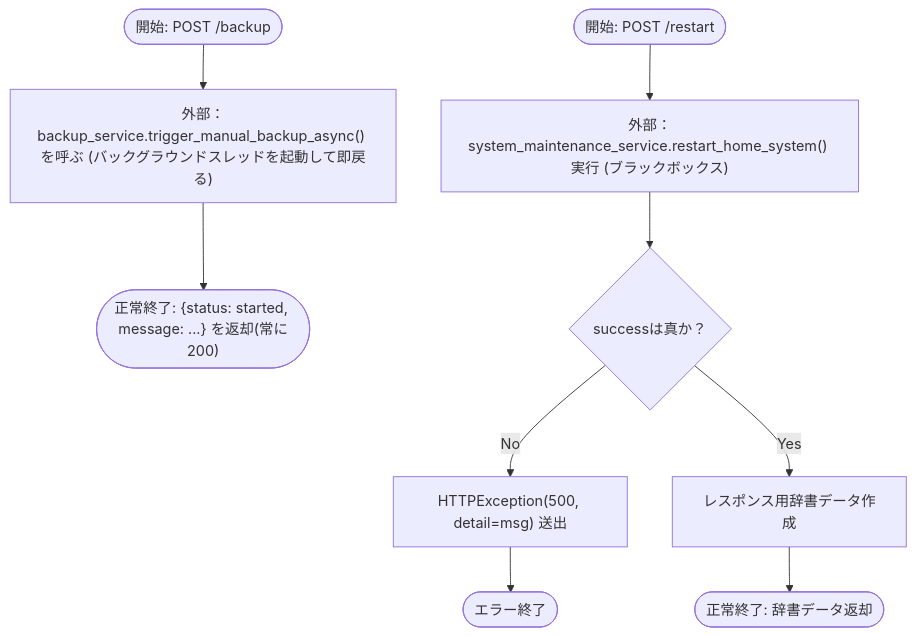
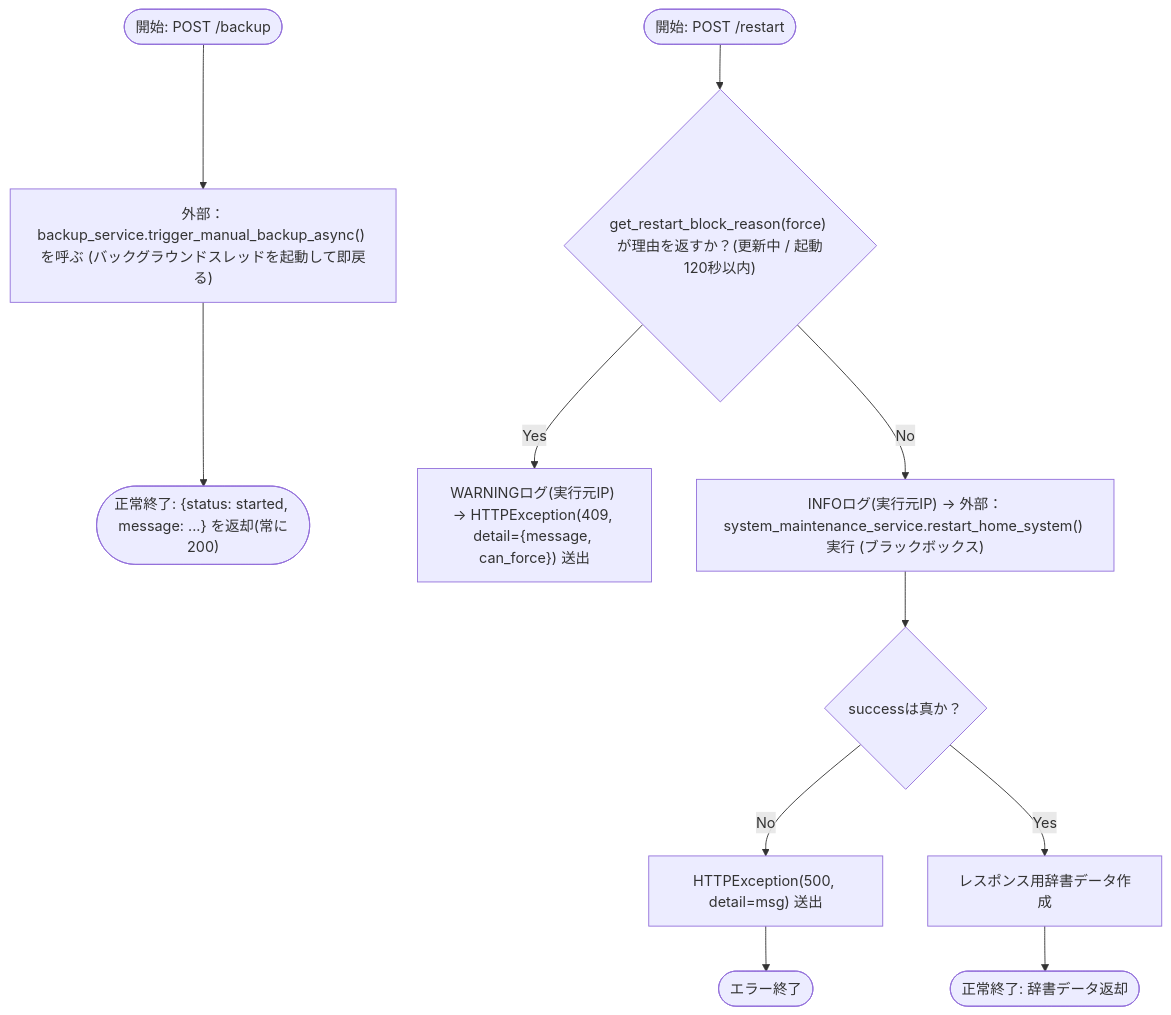
The first of 2 diagrams in docs/specifications/MY_HOME_SYSTEM/system_router.md (mmtigers/my_python_project), drawn with Mermaid before and after one commit. The commit also changed other lines of this file and 5 other files, not shown here.

First line of the commit message:
fix: /api/system/restart に起動直後・更新中の再起動拒否(409)と実行元IPログを追加 (#1143)

````diff
--- a/docs/specifications/MY_HOME_SYSTEM/system_router.md
+++ b/docs/specifications/MY_HOME_SYSTEM/system_router.md
@@ -122,13 +125,15 @@
 ```mermaid
 flowchart TD
     Start([開始: POST /backup]) --> A["外部：backup_service.trigger_manual_backup_async() を呼ぶ (バックグラウンドスレッドを起動して即戻る)"]
     A --> End(["正常終了: {status: started, message: ...} を返却(常に200)"])
 
-    Start2([開始: POST /restart]) --> A2["外部：system_maintenance_service.restart_home_system() 実行 (ブラックボックス)"]
+    Start2([開始: POST /restart]) --> G2{"get_restart_block_reason(force) が理由を返すか？(更新中 / 起動120秒以内)"}
+    G2 -- Yes --> R2["WARNINGログ(実行元IP) → HTTPException(409, detail={message, can_force}) 送出"]
+    G2 -- No --> A2["INFOログ(実行元IP) → 外部：system_maintenance_service.restart_home_system() 実行 (ブラックボックス)"]
     A2 --> B2{"successは真か？"}
     B2 -- No --> C2["HTTPException(500, detail=msg) 送出"]
     C2 --> Error2([エラー終了])
     B2 -- Yes --> D2["レスポンス用辞書データ作成"]
     D2 --> End2([正常終了: 辞書データ返却])
 
 ```
````
